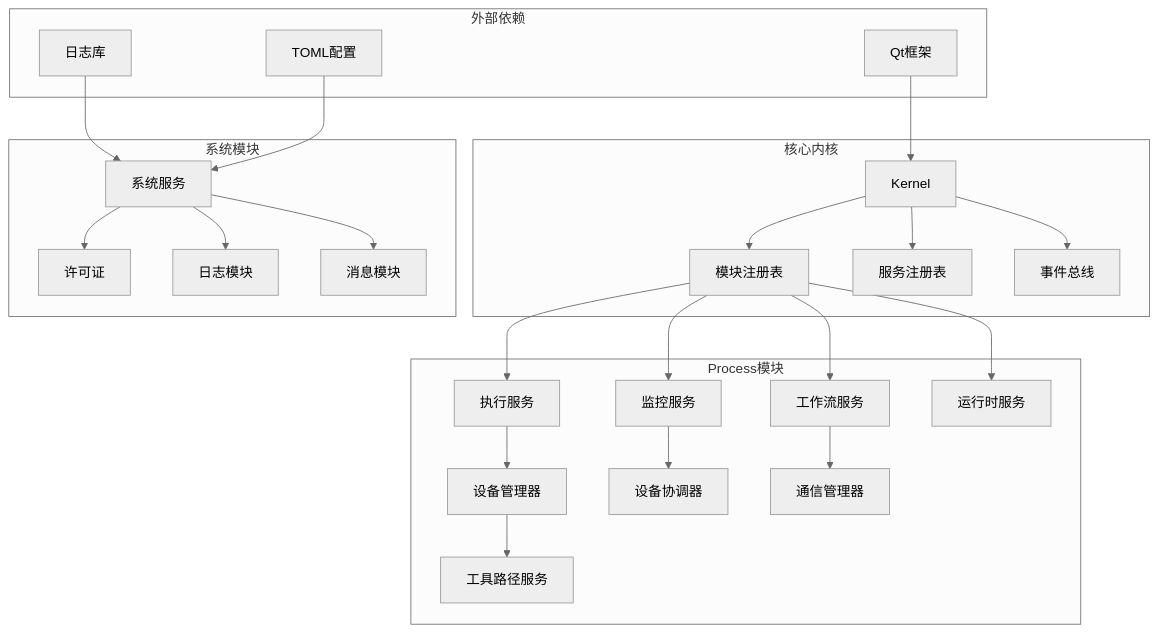
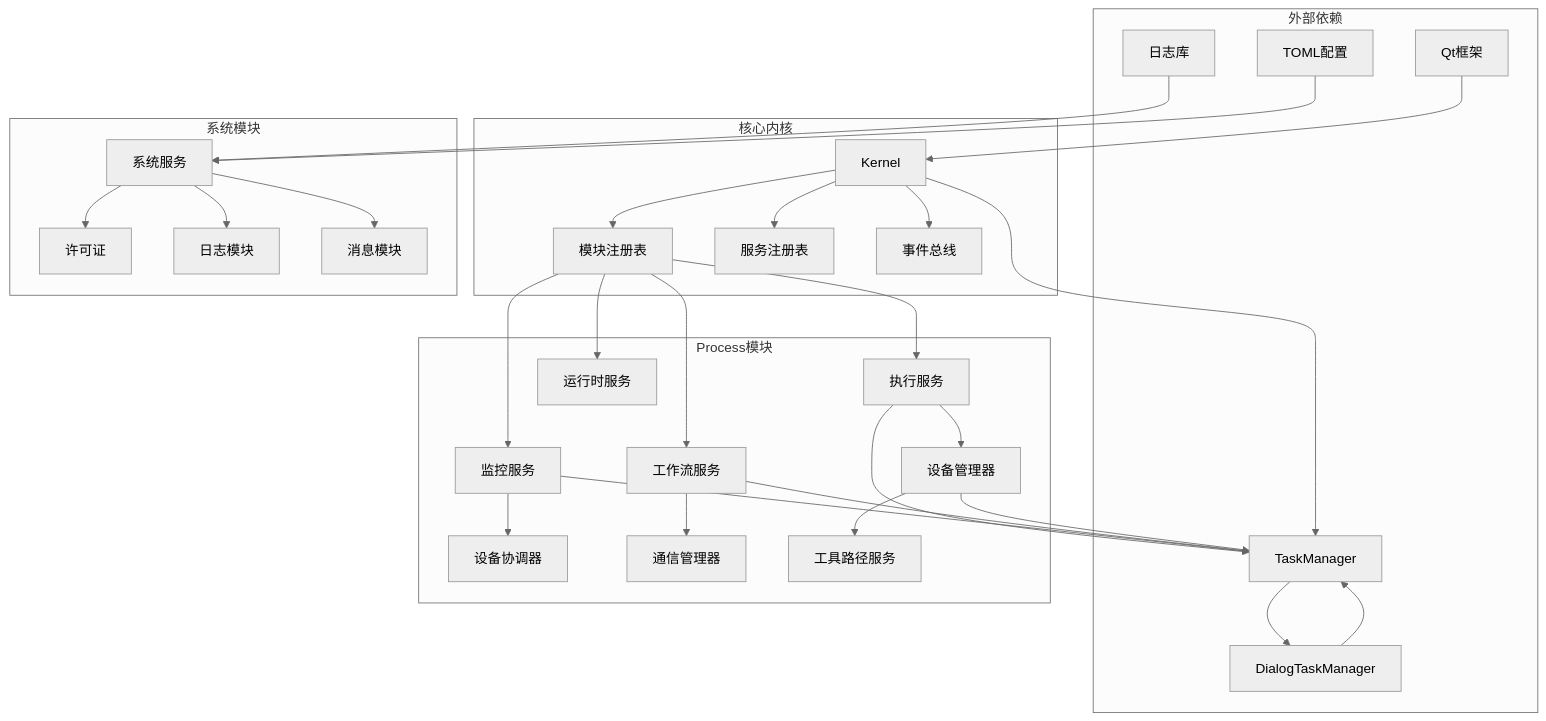
One commit to super1wang/LaserCNCv1.0 changed diagram 14 of 18 in .qoder/repowiki/zh/content/项目概述/模块设计/Process模块设计/Process模块服务管理架构改进.md. Above: the diagram before and after it, drawn with Mermaid (neutral theme). The commit also changed other lines of this file and 159 other files, not shown here.

````diff
--- a/.qoder/repowiki/zh/content/项目概述/模块设计/Process模块设计/Process模块服务管理架构改进.md
+++ b/.qoder/repowiki/zh/content/项目概述/模块设计/Process模块设计/Process模块服务管理架构改进.md
@@ -552,47 +762,56 @@
 ```mermaid
 graph TB
 subgraph "外部依赖"
 Qt[Qt框架]
 Spdlog[日志库]
 Toml[TOML配置]
+TaskMgr[TaskManager]
+DialogTask[DialogTaskManager]
 end
 subgraph "核心内核"
 Kernel[Kernel]
 ModuleReg[模块注册表]
 ServiceReg[服务注册表]
 EventBus[事件总线]
 end
 subgraph "Process模块"
 ExecSvc[执行服务]
 MonitorSvc[监控服务]
 WorkflowSvc[工作流服务]
 RuntimeSvc[运行时服务]
 DeviceMgr[设备管理器]
 DeviceCoord[设备协调器]
 CommMgr[通信管理器]
 ToolpathSvc[工具路径服务]
 end
 subgraph "系统模块"
 SysSvc[系统服务]
 License[许可证]
 LogMod[日志模块]
 MsgMod[消息模块]
 end
 Qt --> Kernel
 Spdlog --> SysSvc
 Toml --> SysSvc
 Kernel --> ModuleReg
 Kernel --> ServiceReg
 Kernel --> EventBus
+Kernel --> TaskMgr
 ModuleReg --> ExecSvc
 ModuleReg --> MonitorSvc
 ModuleReg --> WorkflowSvc
 ModuleReg --> RuntimeSvc
 ExecSvc --> DeviceMgr
+ExecSvc --> TaskMgr
 MonitorSvc --> DeviceCoord
+MonitorSvc --> TaskMgr
 WorkflowSvc --> CommMgr
+WorkflowSvc --> TaskMgr
 DeviceMgr --> ToolpathSvc
+DeviceMgr --> TaskMgr
 SysSvc --> License
 SysSvc --> LogMod
 SysSvc --> MsgMod
+TaskMgr --> DialogTask
+DialogTask --> TaskMgr
 ```
````
